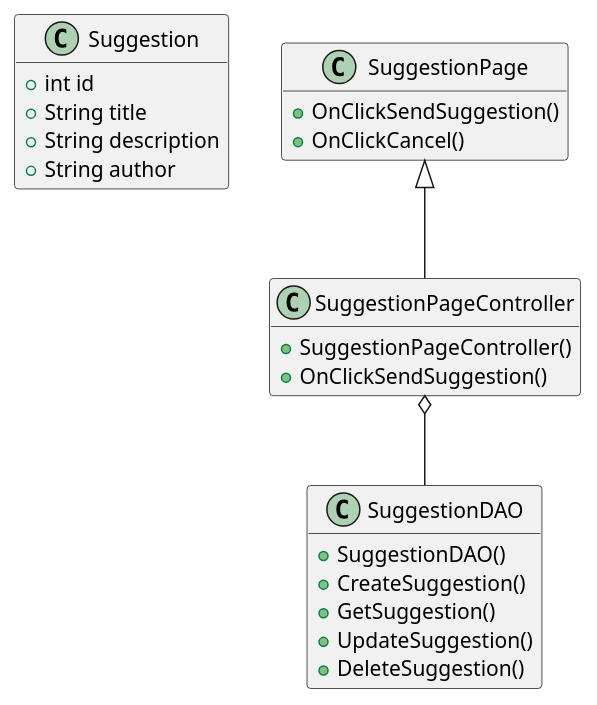
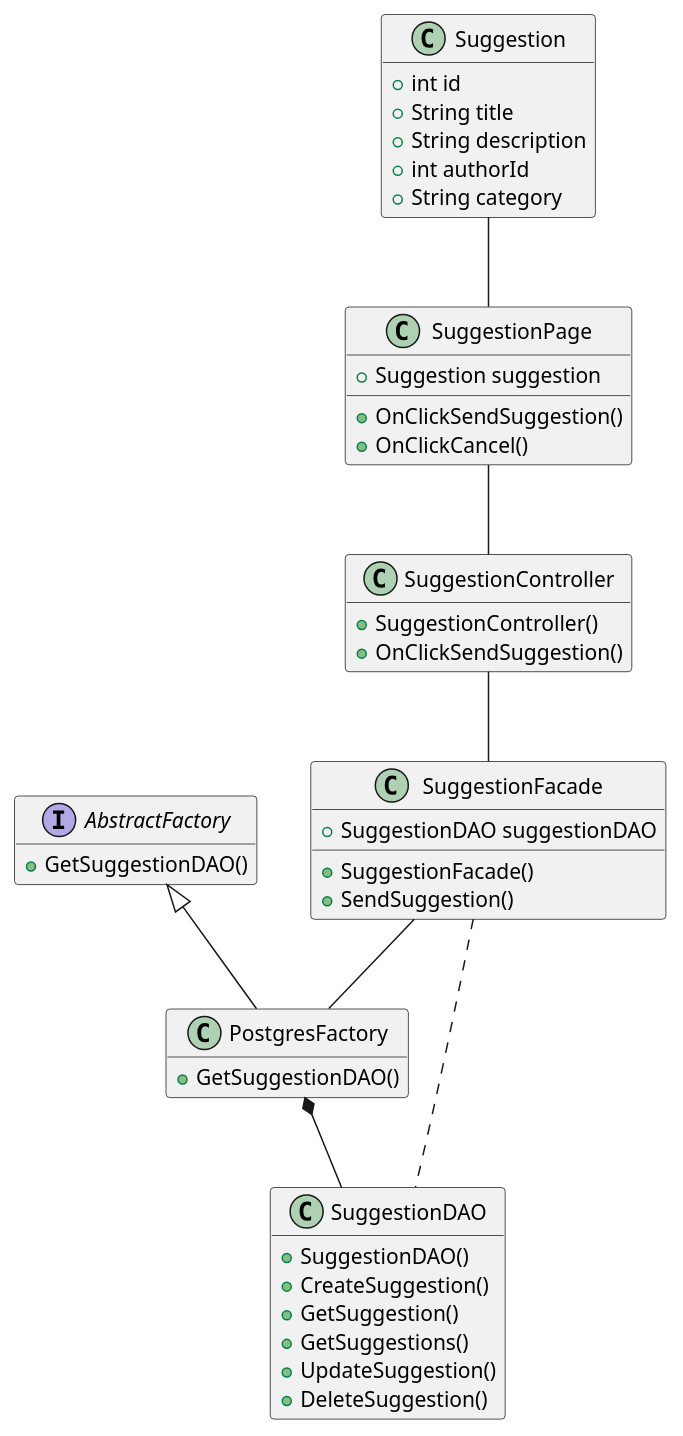
Before and after one commit to iusildra/WineCellar: the first of 2 diagrams in doc/reports/final/suggestions/suggestions_classDiagram.plantuml, drawn with PlantUML. The commit also changed other lines of this file and 1 other file, not shown here.

Commit message:
finishing classDiagram for suggestions & rebased branch from main

```diff
--- a/doc/reports/final/suggestions/suggestions_classDiagram.plantuml
+++ b/doc/reports/final/suggestions/suggestions_classDiagram.plantuml
@@ -1,34 +1,54 @@
-@startuml
+@startuml SuggestionsUser
 hide empty members
 
-
 class Suggestion {
-    + int id
-    + String title
-    + String description
-    + String author
+    +int id
+    +String title
+    +String description
+    +int authorId
+    +String category
 }
 
 class SuggestionPage {
+    + Suggestion suggestion
     + OnClickSendSuggestion()
     + OnClickCancel()
 }
 
-class SuggestionPageController {
-    + SuggestionPageController()
+class SuggestionController {
+    + SuggestionController()
     + OnClickSendSuggestion()
+}
+
+class SuggestionFacade {
+    + SuggestionDAO suggestionDAO
+    + SuggestionFacade()
+    + SendSuggestion()
+}
+
+interface AbstractFactory {
+    + GetSuggestionDAO()
+}
+
+class PostgresFactory {
+    + GetSuggestionDAO()
 }
 
 class SuggestionDAO {
     + SuggestionDAO()
     + CreateSuggestion()
     + GetSuggestion()
+    + GetSuggestions()
     + UpdateSuggestion()
     + DeleteSuggestion()
 }
 
-SuggestionPage <|-- SuggestionPageController
-SuggestionPageController o-- SuggestionDAO
-
+Suggestion -- SuggestionPage
+AbstractFactory <|-- PostgresFactory
+SuggestionFacade -- PostgresFactory
+PostgresFactory *-- SuggestionDAO
+SuggestionPage -- SuggestionController
+SuggestionController -- SuggestionFacade
+SuggestionFacade .. SuggestionDAO
 
 @enduml
```
